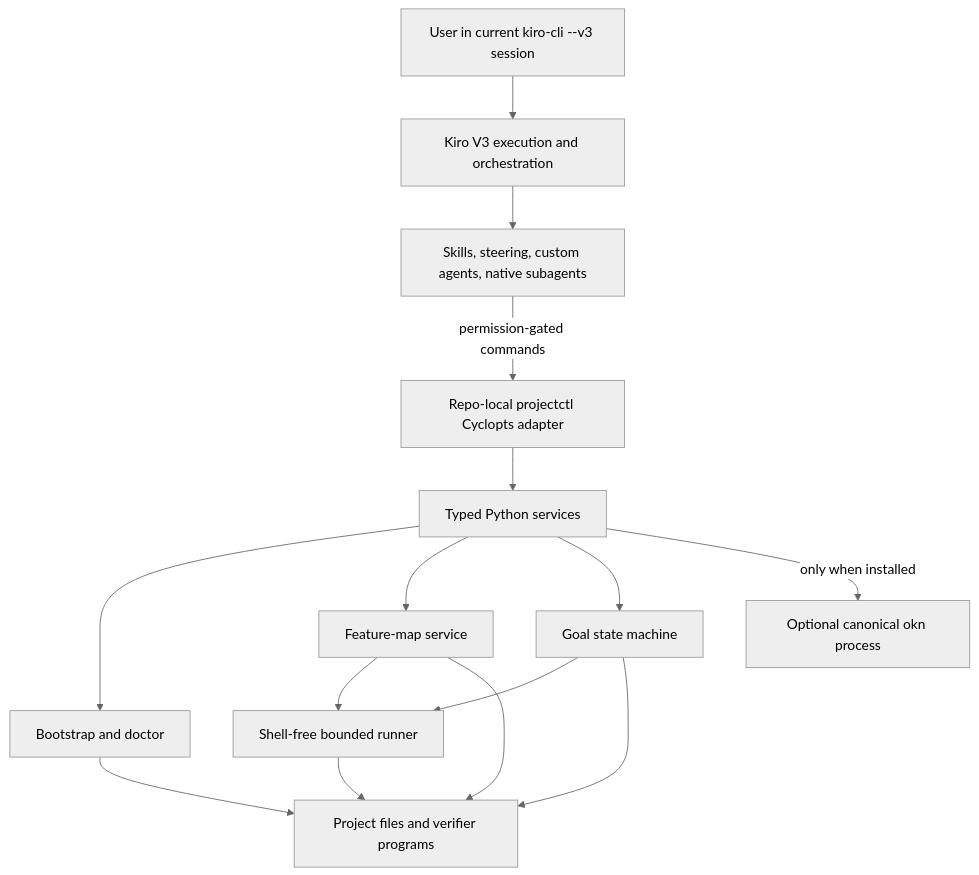
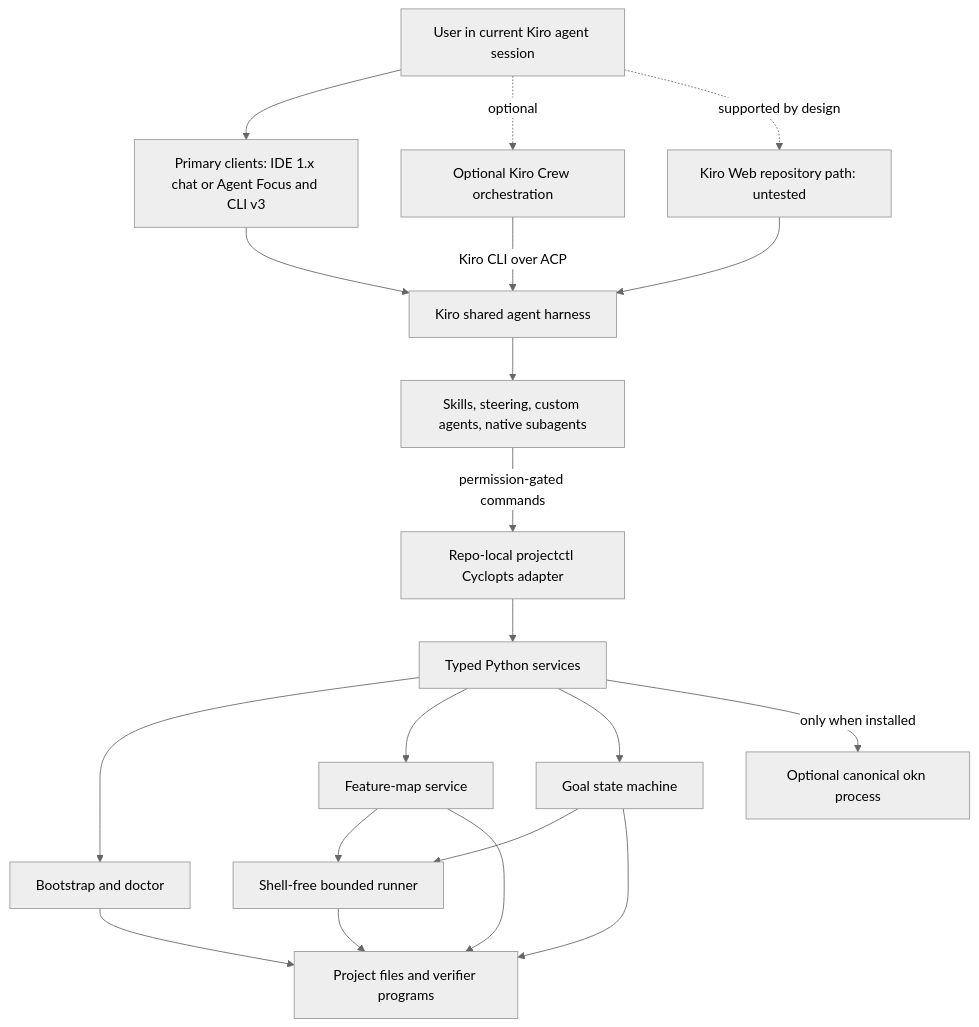
The first of 2 diagrams in powers/pk-stack/docs/architecture.md (njs14/pkstack), drawn with Mermaid (neutral theme) before and after one commit. The commit also changed other lines of this file and 269 other files, not shown here.

````diff
--- a/powers/pk-stack/docs/architecture.md
+++ b/powers/pk-stack/docs/architecture.md
@@ -30,29 +32,37 @@
 ```mermaid
 flowchart TD
-    U[User in current kiro-cli --v3 session]
-    K[Kiro V3 execution and orchestration]
+    U[User in current Kiro agent session]
+    I[Primary clients: IDE 1.x chat or Agent Focus and CLI v3]
+    CW[Optional Kiro Crew orchestration]
+    W[Kiro Web repository path: untested]
+    K[Kiro shared agent harness]
     A[Skills, steering, custom agents, native subagents]
     C[Repo-local projectctl Cyclopts adapter]
     S[Typed Python services]
     B[Bootstrap and doctor]
     F[Feature-map service]
     G[Goal state machine]
     R[Shell-free bounded runner]
     O[Optional canonical okn process]
     P[Project files and verifier programs]
 
-    U --> K
+    U --> I
+    U -. optional .-> CW
+    U -. supported by design .-> W
+    I --> K
+    CW -->|Kiro CLI over ACP| K
+    W --> K
     K --> A
     A -->|permission-gated commands| C
     C --> S
     S --> B
     S --> F
     S --> G
     F --> R
     G --> R
     S -->|only when installed| O
     R --> P
     B --> P
     F --> P
     G --> P
 ```
````
